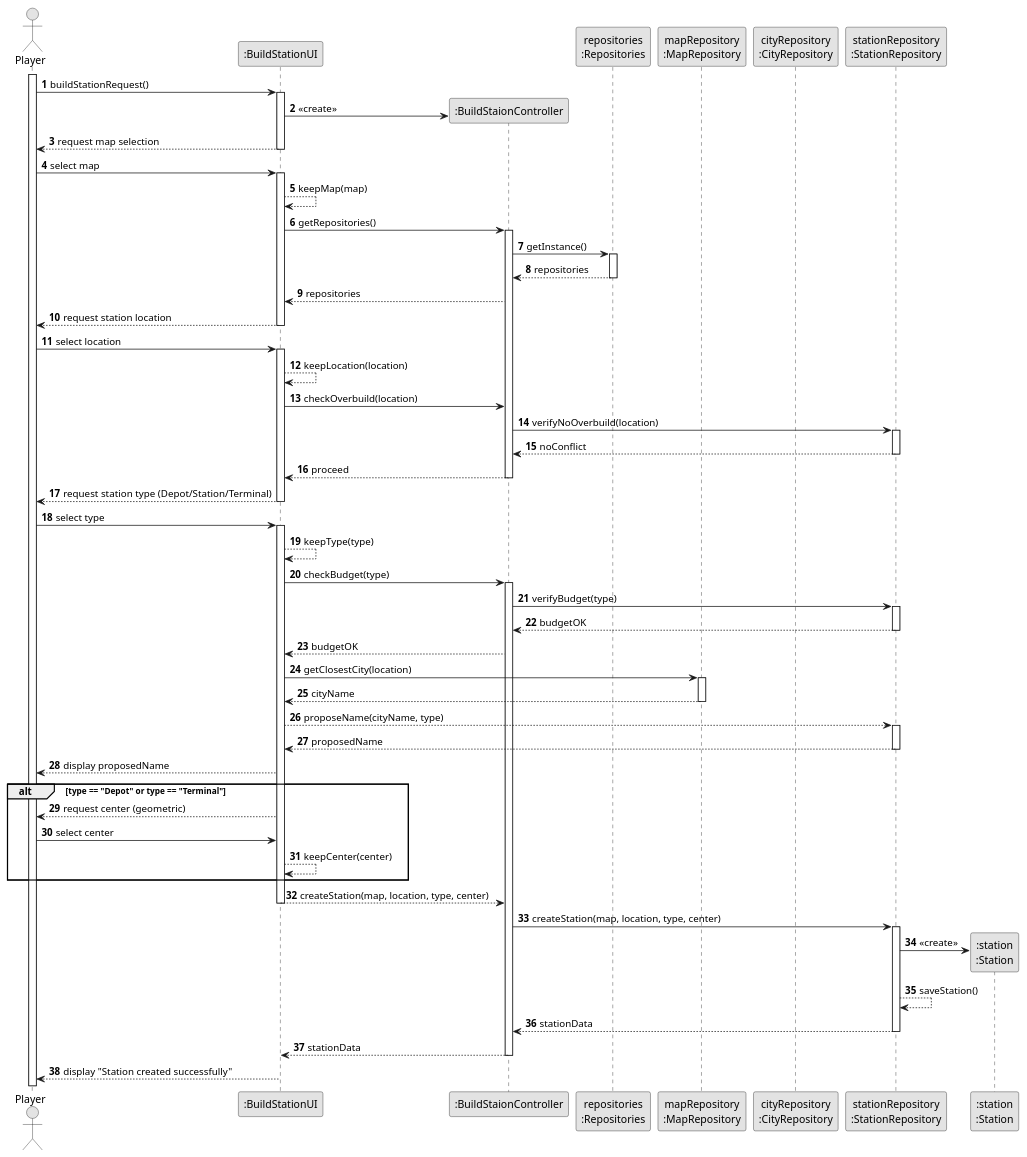
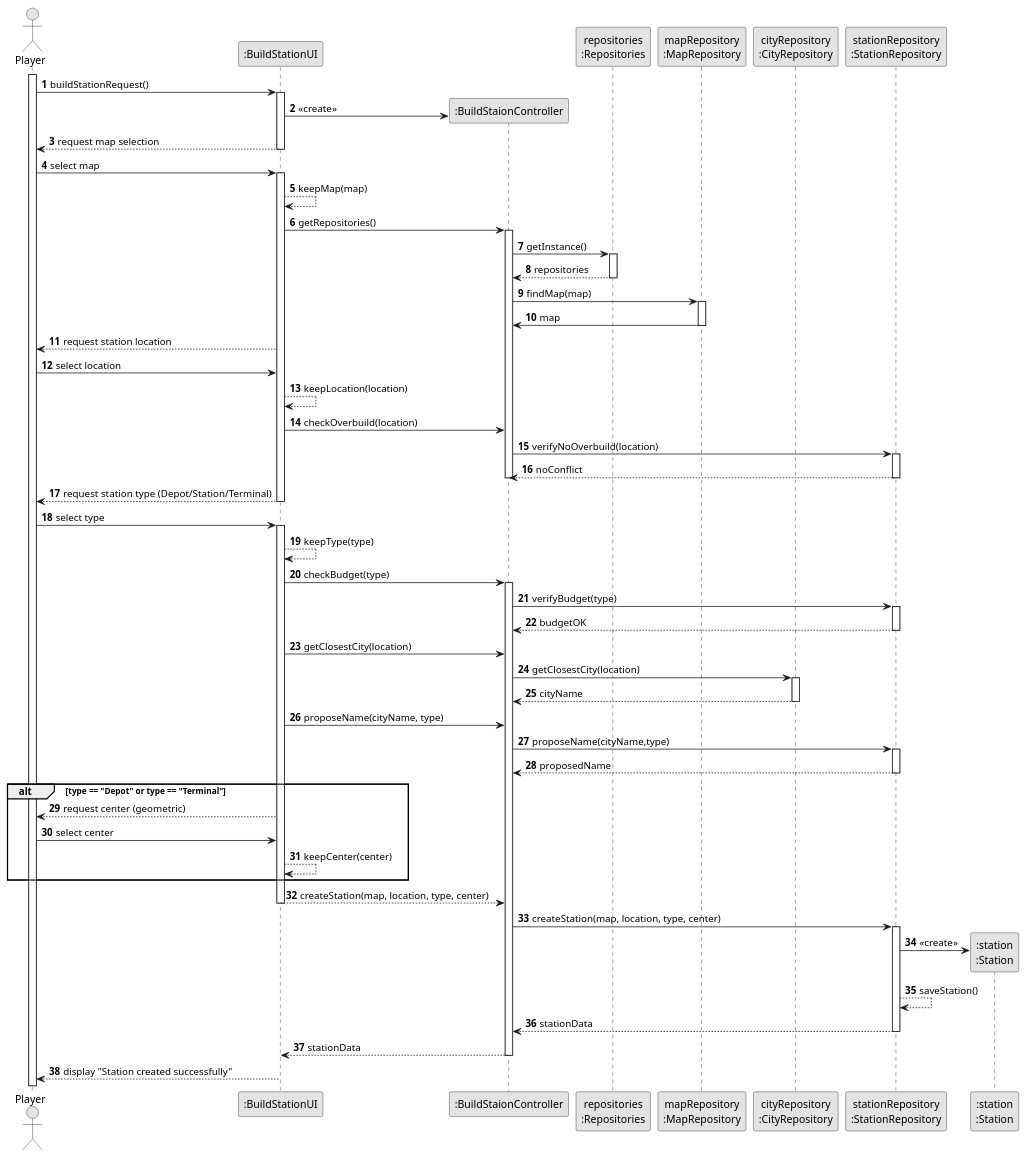
One commit to goncalolopesp/sem2-pi-24.25-g093-repo changed the diagram in docs/system-documentation/US005/03.design/puml/US005-SD.puml. Above: the diagram before and after it, drawn with PlantUML. The commit also changed 11 other files, not shown here.

```diff
--- a/docs/system-documentation/US005/03.design/puml/US005-SD.puml
+++ b/docs/system-documentation/US005/03.design/puml/US005-SD.puml
@@ -1,103 +1,107 @@
 @startuml US005-SD
 skinparam monochrome true
 skinparam packageStyle rectangle
 skinparam shadowing false
 
 autonumber
 
 actor "Player" as Player
 participant ":BuildStationUI" as BuildStationUI
 
 
 activate Player
 
 Player -> BuildStationUI : buildStationRequest()
 create ":BuildStaionController" as BuildStationController
 activate BuildStationUI
 BuildStationUI -> BuildStationController: <<create>>
 participant "repositories\n:Repositories" as Repositories
 participant "mapRepository\n:MapRepository" as MapRepository
 participant "cityRepository\n:CityRepository" as CityRepository
 participant "stationRepository\n:StationRepository" as StationRepository
 
 
 BuildStationUI --> Player : request map selection
 deactivate BuildStationUI
 Player -> BuildStationUI : select map
 activate BuildStationUI
 BuildStationUI --> BuildStationUI : keepMap(map)
 
 
 BuildStationUI -> BuildStationController : getRepositories()
 activate BuildStationController
 BuildStationController -> Repositories : getInstance()
 activate Repositories
 Repositories --> BuildStationController : repositories
 deactivate Repositories
-BuildStationController --> BuildStationUI : repositories
+
+BuildStationController -> MapRepository: findMap(map)
+activate MapRepository
+MapRepository -> BuildStationController: map
+deactivate MapRepository
 
 BuildStationUI --> Player : request station location
-deactivate BuildStationUI
+
 Player -> BuildStationUI : select location
-activate BuildStationUI
+
 BuildStationUI --> BuildStationUI : keepLocation(location)
 
 BuildStationUI -> BuildStationController : checkOverbuild(location)
 BuildStationController -> StationRepository : verifyNoOverbuild(location)
 activate StationRepository
 StationRepository --> BuildStationController : noConflict
 deactivate StationRepository
 
-BuildStationController --> BuildStationUI : proceed
 deactivate BuildStationController
 BuildStationUI --> Player : request station type (Depot/Station/Terminal)
 deactivate BuildStationUI
 Player -> BuildStationUI : select type
 activate BuildStationUI
 BuildStationUI --> BuildStationUI : keepType(type)
 
 BuildStationUI -> BuildStationController : checkBudget(type)
 activate BuildStationController
 BuildStationController -> StationRepository : verifyBudget(type)
 
 activate StationRepository
 StationRepository --> BuildStationController : budgetOK
 deactivate StationRepository
-BuildStationController --> BuildStationUI : budgetOK
 
 
 
-BuildStationUI -> MapRepository : getClosestCity(location)
-activate MapRepository
-MapRepository --> BuildStationUI : cityName
-deactivate MapRepository
-BuildStationUI --> StationRepository : proposeName(cityName, type)
+BuildStationUI -> BuildStationController : getClosestCity(location)
+BuildStationController -> CityRepository: getClosestCity(location)
+activate CityRepository
+CityRepository --> BuildStationController : cityName
+deactivate CityRepository
+BuildStationUI -> BuildStationController : proposeName(cityName, type)
+BuildStationController -> StationRepository : proposeName(cityName,type)
 activate StationRepository
-StationRepository --> BuildStationUI : proposedName
+StationRepository --> BuildStationController : proposedName
 deactivate StationRepository
-BuildStationUI --> Player : display proposedName
+
 
 alt type == "Depot" or type == "Terminal"
   BuildStationUI --> Player : request center (geometric)
   Player -> BuildStationUI : select center
   BuildStationUI --> BuildStationUI : keepCenter(center)
 end
 
 BuildStationUI --> BuildStationController : createStation(map, location, type, center)
 deactivate BuildStationUI
 BuildStationController -> StationRepository : createStation(map, location, type, center)
 activate StationRepository
 create ":station\n:Station" as Station
 
 StationRepository -> Station: <<create>>
 
 StationRepository --> StationRepository : saveStation()
 StationRepository --> BuildStationController : stationData
 deactivate StationRepository
 
 BuildStationController --> BuildStationUI : stationData
 deactivate BuildStationController
 
 BuildStationUI --> Player : display "Station created successfully"
 deactivate BuildStationUI
 @enduml
```
